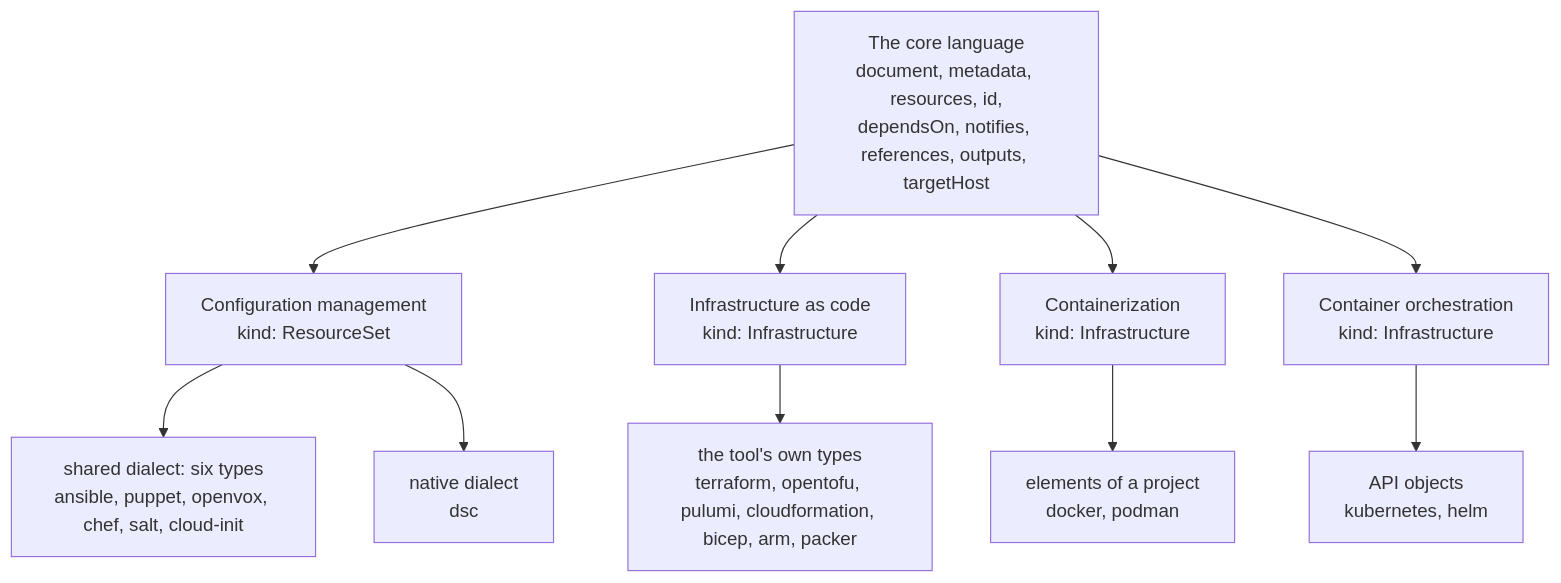
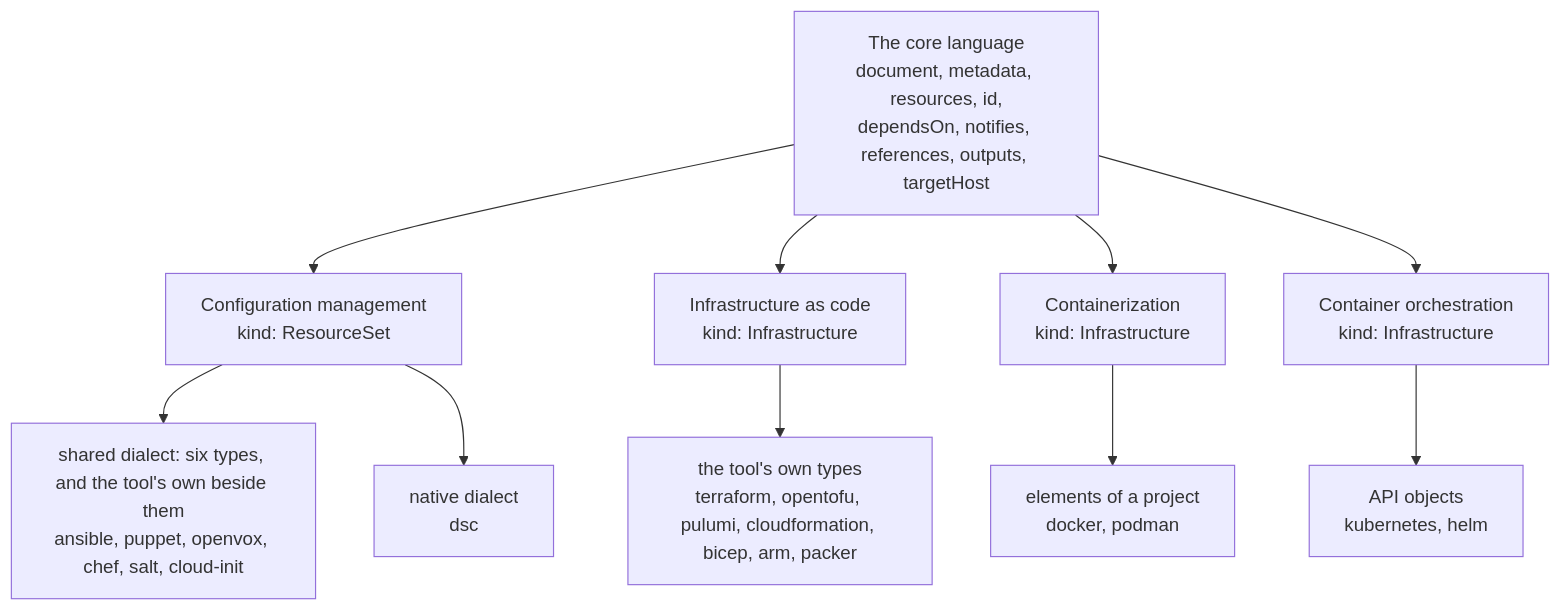
The diagram in docs/reference/dsl/index.md (ZanattaMichael/meridian-core), drawn with Mermaid before and after one commit. The commit also changed 38 other files, not shown here.

First line of the commit message:
Let Ansible take any module by its full name beside the six shared types (#192)

````diff
--- a/docs/reference/dsl/index.md
+++ b/docs/reference/dsl/index.md
@@ -25,13 +25,13 @@
 ```mermaid
 flowchart TD
     CORE["The core language<br/>document, metadata, resources, id,<br/>dependsOn, notifies, references, outputs, targetHost"]
     CORE --> CM["Configuration management<br/>kind: ResourceSet"]
     CORE --> IAC["Infrastructure as code<br/>kind: Infrastructure"]
     CORE --> CON["Containerization<br/>kind: Infrastructure"]
     CORE --> ORC["Container orchestration<br/>kind: Infrastructure"]
-    CM --> CM1["shared dialect: six types<br/>ansible, puppet, openvox, chef, salt, cloud-init"]
+    CM --> CM1["shared dialect: six types, and the tool's own beside them<br/>ansible, puppet, openvox, chef, salt, cloud-init"]
     CM --> CM2["native dialect<br/>dsc"]
     IAC --> IAC1["the tool's own types<br/>terraform, opentofu, pulumi, cloudformation, bicep, arm, packer"]
     CON --> CON1["elements of a project<br/>docker, podman"]
     ORC --> ORC1["API objects<br/>kubernetes, helm"]
 ```
````
